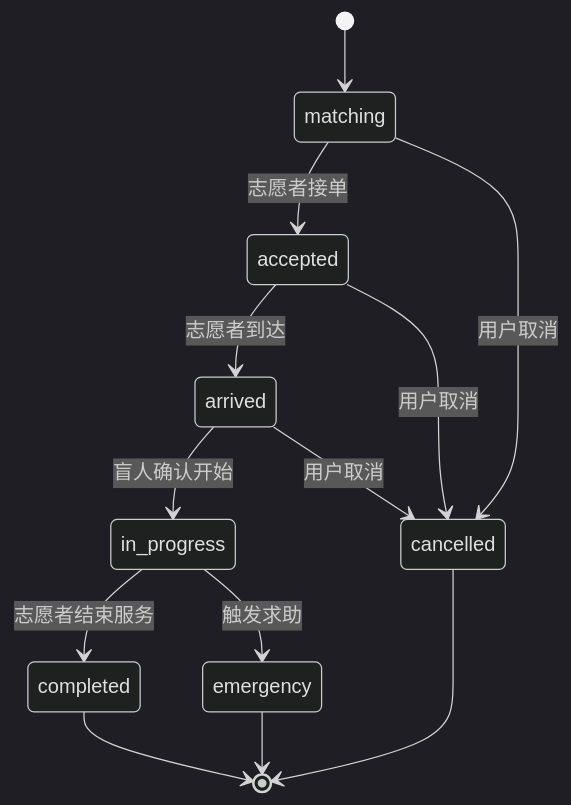
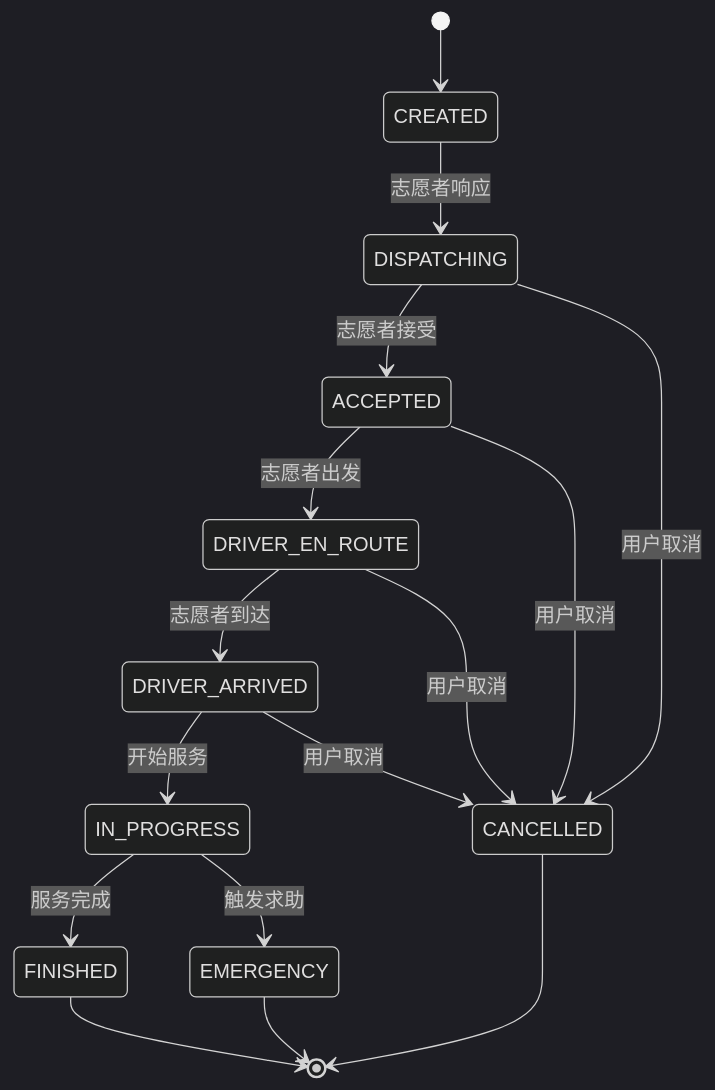
One commit to Jayden23018/blind-run-ios changed the third of 8 diagrams in .qoder/repowiki/zh/content/API 接口文档/API 接口文档.md. Above: the diagram before and after it, drawn with Mermaid (dark theme). The commit also changed other lines of this file and 23 other files, not shown here.

Commit message:
Implement MVP booking and volunteer flow updates

````diff
--- a/.qoder/repowiki/zh/content/API 接口文档/API 接口文档.md
+++ b/.qoder/repowiki/zh/content/API 接口文档/API 接口文档.md
@@ -438,15 +363,18 @@
 ```mermaid
 stateDiagram-v2
-[*] --> matching
-matching --> accepted : 志愿者接单
-matching --> cancelled : 用户取消
-accepted --> arrived : 志愿者到达
-accepted --> cancelled : 用户取消
-arrived --> in_progress : 盲人确认开始
-arrived --> cancelled : 用户取消
-in_progress --> completed : 志愿者结束服务
-in_progress --> emergency : 触发求助
-completed --> [*]
-cancelled --> [*]
-emergency --> [*]
+[*] --> CREATED
+CREATED --> DISPATCHING : 志愿者响应
+DISPATCHING --> ACCEPTED : 志愿者接受
+DISPATCHING --> CANCELLED : 用户取消
+ACCEPTED --> DRIVER_EN_ROUTE : 志愿者出发
+ACCEPTED --> CANCELLED : 用户取消
+DRIVER_EN_ROUTE --> DRIVER_ARRIVED : 志愿者到达
+DRIVER_EN_ROUTE --> CANCELLED : 用户取消
+DRIVER_ARRIVED --> IN_PROGRESS : 开始服务
+DRIVER_ARRIVED --> CANCELLED : 用户取消
+IN_PROGRESS --> FINISHED : 服务完成
+IN_PROGRESS --> EMERGENCY : 触发求助
+FINISHED --> [*]
+CANCELLED --> [*]
+EMERGENCY --> [*]
 ```
````
